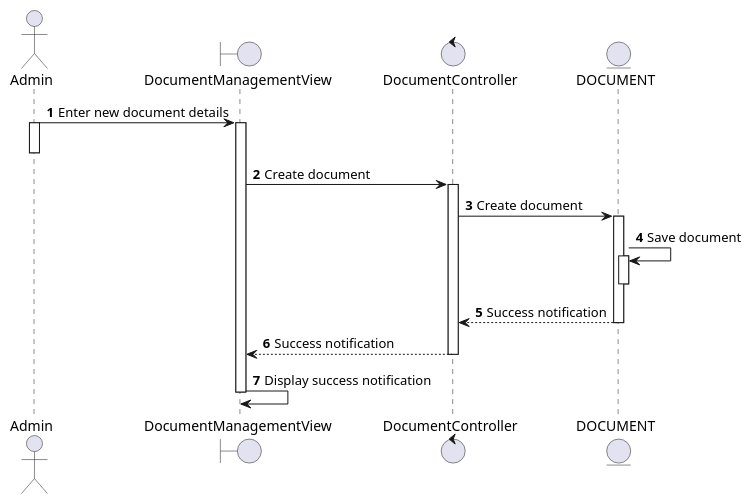
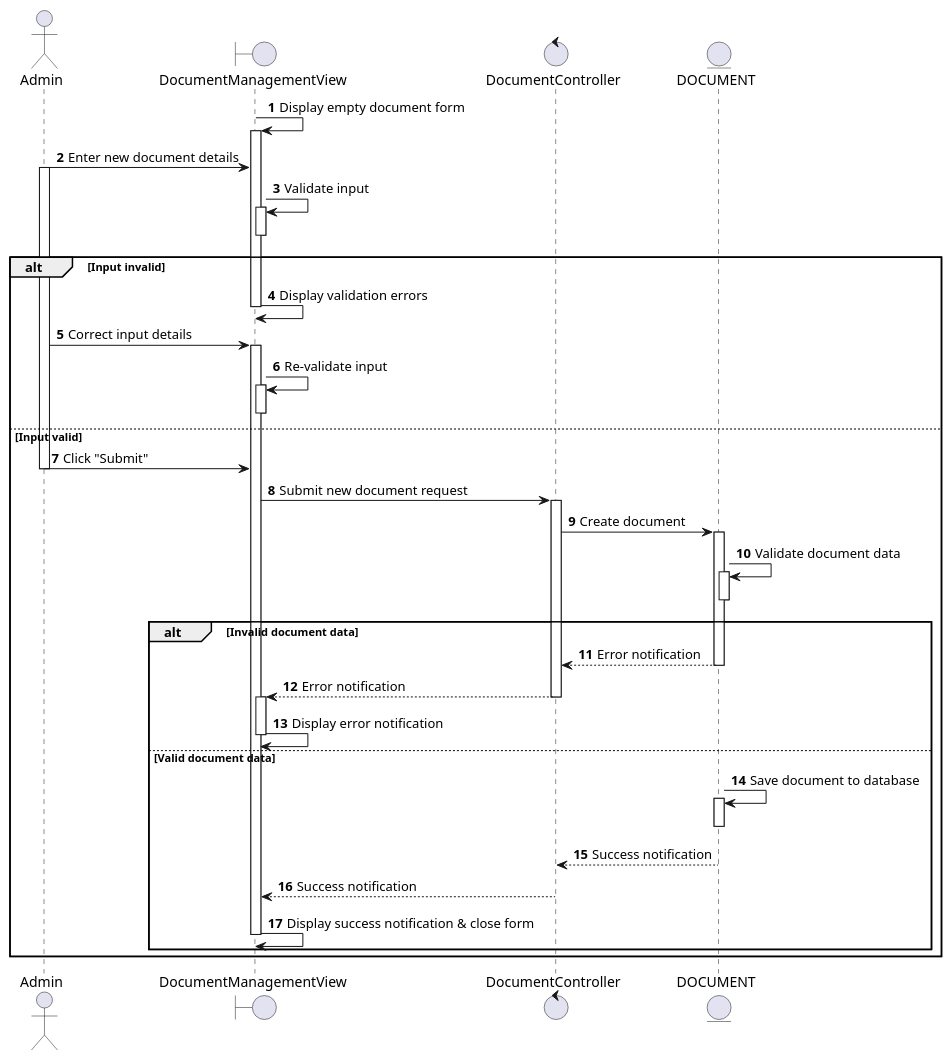
Before and after one commit to electricilies/electricilies.github.io: the diagram in docs/docs/sequence/adjust-document/create-document.md, drawn with PlantUML. The commit also changed 3 other files, not shown here.

````diff
--- a/docs/docs/sequence/adjust-document/create-document.md
+++ b/docs/docs/sequence/adjust-document/create-document.md
@@ -3,29 +3,58 @@
 ```plantuml
 @startuml
 autonumber
 
 actor Admin as A
 boundary DocumentManagementView as DMV
 control DocumentController as DC
 entity DOCUMENT as D
 
+DMV -> DMV: Display empty document form
+activate DMV
 A -> DMV: Enter new document details
 activate A
+DMV -> DMV: Validate input
 activate DMV
-deactivate A
-DMV -> DC: Create document
-activate DC
-DC -> D: Create document
-activate D
-D -> D: Save document
-activate D
-deactivate D
-DC <-- D: Success notification
-deactivate D
-DMV <-- DC: Success notification
-deactivate DC
-DMV -> DMV: Display success notification
 deactivate DMV
+alt Input invalid
+    DMV -> DMV: Display validation errors
+    deactivate DMV
+    A -> DMV: Correct input details
+    activate DMV
+    DMV -> DMV: Re-validate input
+    activate DMV
+    deactivate DMV
+else Input valid
+    A -> DMV: Click "Submit"
+    deactivate A
+    DMV -> DC: Submit new document request
+    deactivate A
+    activate DC
+    DC -> D: Create document
+    activate D
+    D -> D: Validate document data
+    activate D
+    deactivate D
+    alt Invalid document data
+        DC <-- D: Error notification
+        deactivate D
+        DMV <-- DC: Error notification
+        deactivate DC
+        activate DMV
+        DMV -> DMV: Display error notification
+        deactivate DMV
+    else Valid document data
+        D -> D: Save document to database
+        activate D
+        deactivate D
+        DC <-- D: Success notification
+        deactivate D
+        DMV <-- DC: Success notification
+        deactivate DC
+        DMV -> DMV: Display success notification & close form
+        deactivate DMV
+    end
+    end
 
 @enduml
 ```
````
